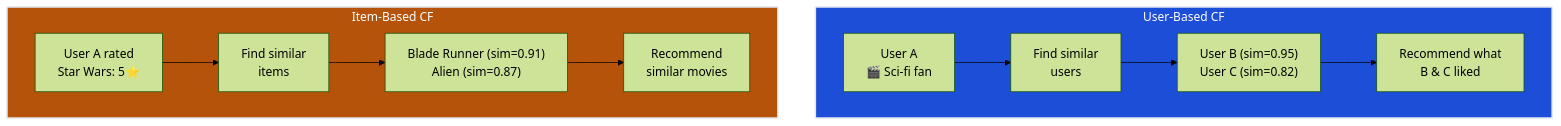
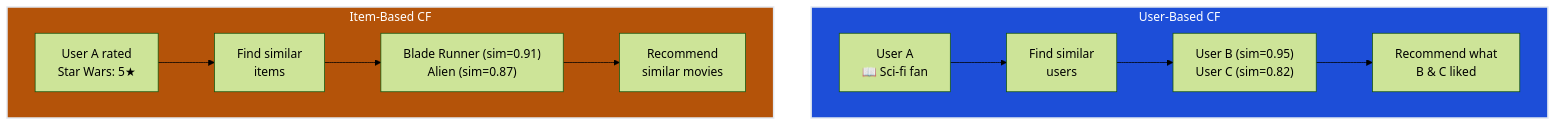
The second of 4 diagrams in notes/ML/04-RecommenderSystems/ch02-collaborative-filtering/README.md (deepakshamsft/ai-portfolio), drawn with Mermaid (forest theme) before and after one commit. The commit also changed other lines of this file and 24 other files, not shown here.

````diff
--- a/notes/ML/04-RecommenderSystems/ch02-collaborative-filtering/README.md
+++ b/notes/ML/04-RecommenderSystems/ch02-collaborative-filtering/README.md
@@ -157,19 +179,19 @@
 ```mermaid
 flowchart TB
     subgraph UB["User-Based CF"]
         direction LR
-        UA["User A<br/>🎬 Sci-fi fan"] --> SIM1["Find similar<br/>users"]
+        UA["User A<br/>📖 Sci-fi fan"] --> SIM1["Find similar<br/>users"]
         SIM1 --> UB2["User B (sim=0.95)<br/>User C (sim=0.82)"]
         UB2 --> REC1["Recommend what<br/>B & C liked"]
     end
     
     subgraph IB["Item-Based CF"]
         direction LR
-        IA["User A rated<br/>Star Wars: 5⭐"] --> SIM2["Find similar<br/>items"]
+        IA["User A rated<br/>Star Wars: 5★"] --> SIM2["Find similar<br/>items"]
         SIM2 --> IB2["Blade Runner (sim=0.91)<br/>Alien (sim=0.87)"]
         IB2 --> REC2["Recommend<br/>similar movies"]
     end
     
     style UB fill:#1d4ed8,stroke:#e2e8f0,stroke-width:2px,color:#ffffff
     style IB fill:#b45309,stroke:#e2e8f0,stroke-width:2px,color:#ffffff
 ```
````
